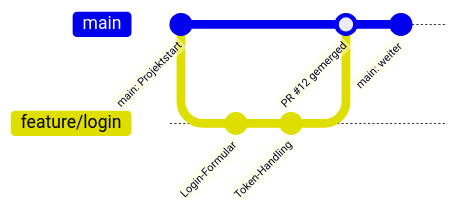
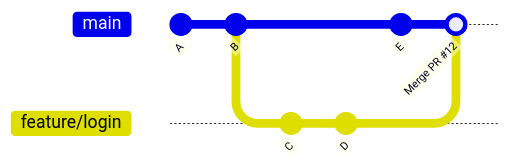
One commit to d135-1r43/winfprojekt changed the first of 3 diagrams in docs/methodik/branches-und-prs.md. Above: the diagram before and after it, drawn with Mermaid. The commit also changed other lines of this file, not shown here.

First line of the commit message:
Branches und PRs: Merge vs. Rebase erklärt

````diff
--- a/docs/methodik/branches-und-prs.md
+++ b/docs/methodik/branches-und-prs.md
@@ -13,11 +29,12 @@
 ```mermaid
 gitGraph
-   commit id: "main: Projektstart"
+   commit id: "A"
+   commit id: "B"
    branch feature/login
    checkout feature/login
-   commit id: "Login-Formular"
-   commit id: "Token-Handling"
+   commit id: "C"
+   commit id: "D"
    checkout main
-   merge feature/login id: "PR #12 gemerged"
-   commit id: "main: weiter"
+   commit id: "E"
+   merge feature/login id: "Merge PR #12"
 ```
````
